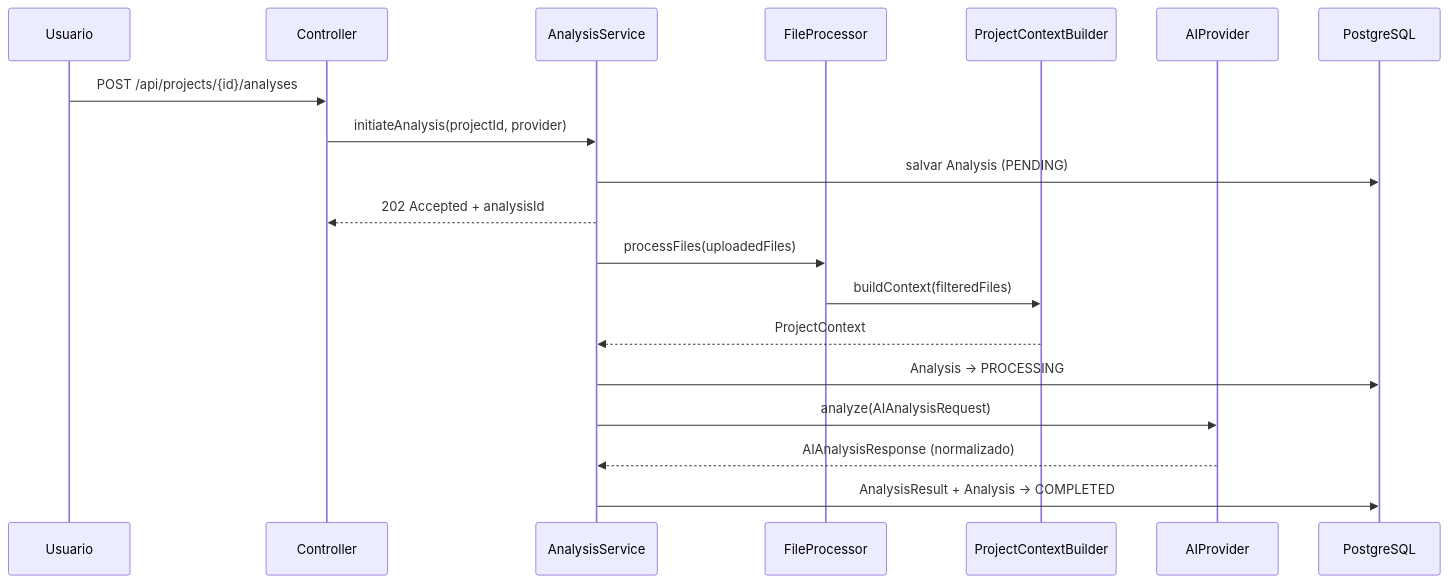
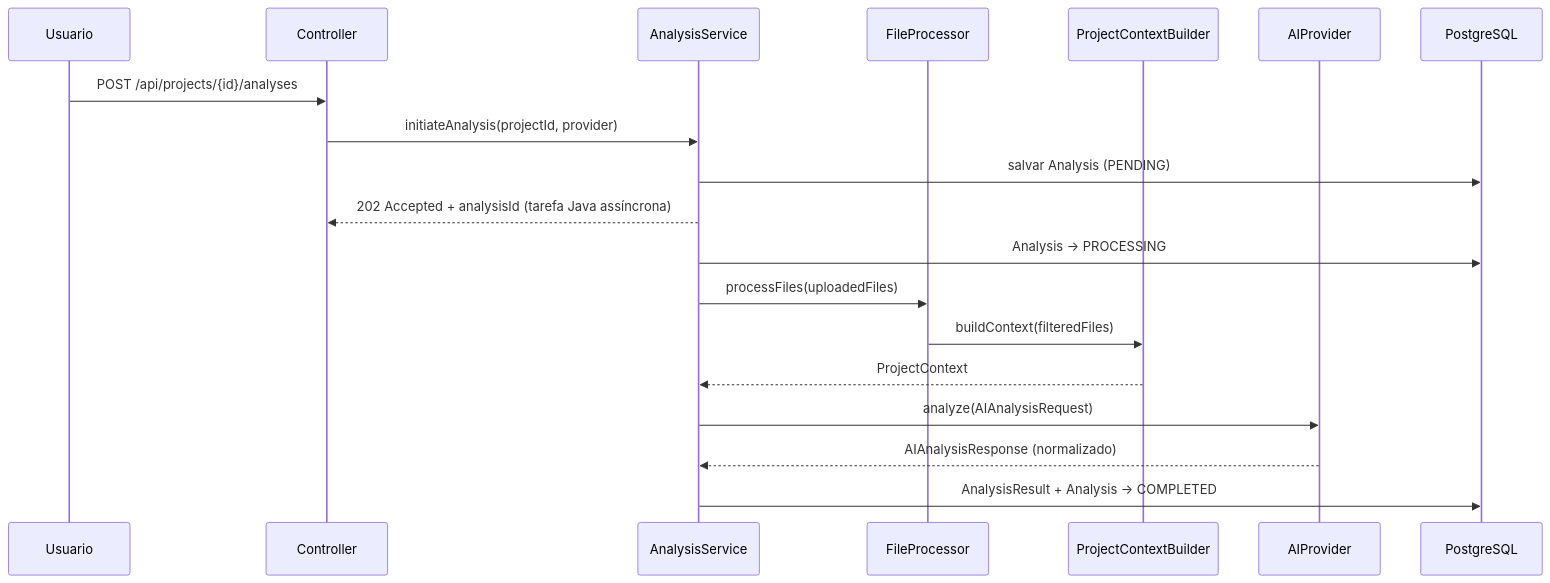
Before and after one commit to alexanderbs3/legacyai-tcc: the third of 3 diagrams in ARCHITECTURE.md, drawn with Mermaid. The commit also changed other lines of this file and 17 other files, not shown here.

````diff
--- a/ARCHITECTURE.md
+++ b/ARCHITECTURE.md
@@ -118,22 +119,22 @@
 ```mermaid
 sequenceDiagram
     participant U as Usuario
     participant C as Controller
     participant AS as AnalysisService
     participant FP as FileProcessor
     participant PCB as ProjectContextBuilder
     participant AI as AIProvider
     participant DB as PostgreSQL
 
     U->>C: POST /api/projects/{id}/analyses
     C->>AS: initiateAnalysis(projectId, provider)
     AS->>DB: salvar Analysis (PENDING)
-    AS-->>C: 202 Accepted + analysisId
+    AS-->>C: 202 Accepted + analysisId (tarefa Java assíncrona)
+    AS->>DB: Analysis -> PROCESSING
     AS->>FP: processFiles(uploadedFiles)
     FP->>PCB: buildContext(filteredFiles)
     PCB-->>AS: ProjectContext
-    AS->>DB: Analysis -> PROCESSING
     AS->>AI: analyze(AIAnalysisRequest)
     AI-->>AS: AIAnalysisResponse (normalizado)
     AS->>DB: AnalysisResult + Analysis -> COMPLETED
 ```
````
